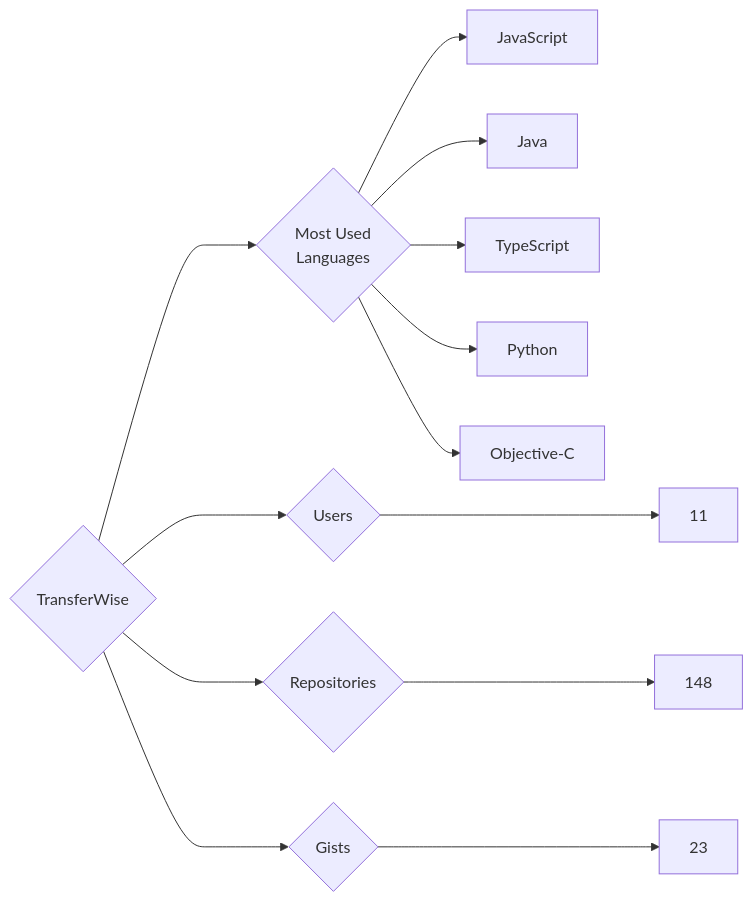
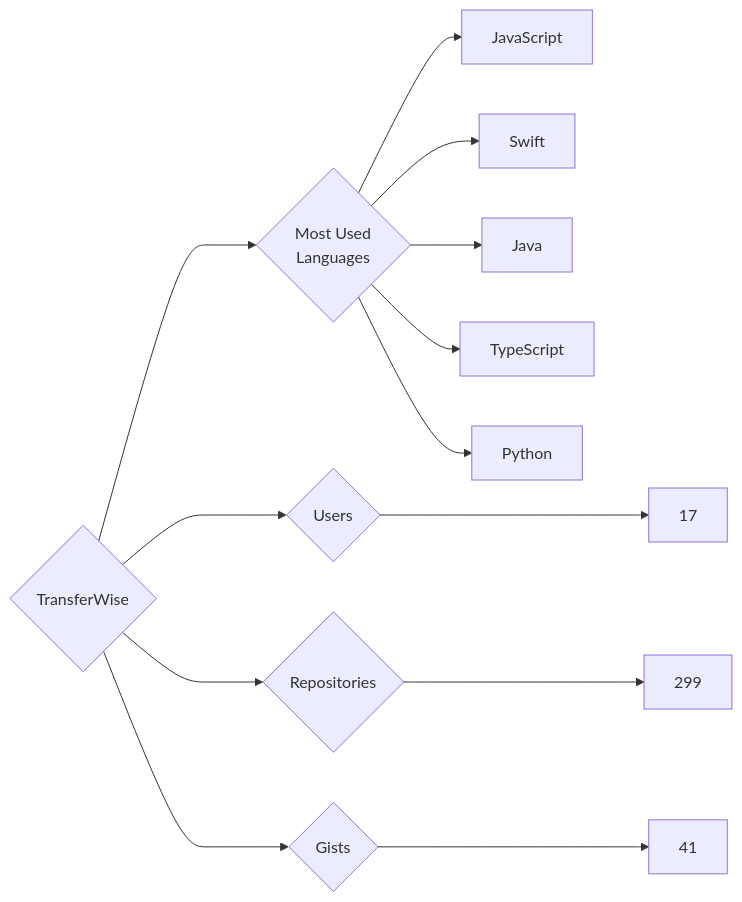
One commit to trickest/insiders changed the diagram in targets/TransferWise/README.md. Above: the diagram before and after it, drawn with Mermaid. The commit also changed 955 other files, not shown here.

````diff
--- a/targets/TransferWise/README.md
+++ b/targets/TransferWise/README.md
@@ -3,13 +3,13 @@
 ```mermaid
 graph LR
 COMPANY_NAME{TransferWise}
-COMPANY_NAME ---> U{Users} ---> UN[11]
-COMPANY_NAME ---> R{Repositories} ---> RN[148]
-COMPANY_NAME ---> G{Gists} ---> GN[23]
+COMPANY_NAME ---> U{Users} ---> UN[17]
+COMPANY_NAME ---> R{Repositories} ---> RN[299]
+COMPANY_NAME ---> G{Gists} ---> GN[41]
 COMPANY_NAME ---> ML{Most Used<br>Languages}
 ML --> JavaScript[JavaScript]
+ML --> Swift[Swift]
 ML --> Java[Java]
 ML --> TypeScript[TypeScript]
 ML --> Python[Python]
-ML --> Objective-C[Objective-C]
 ```
````
